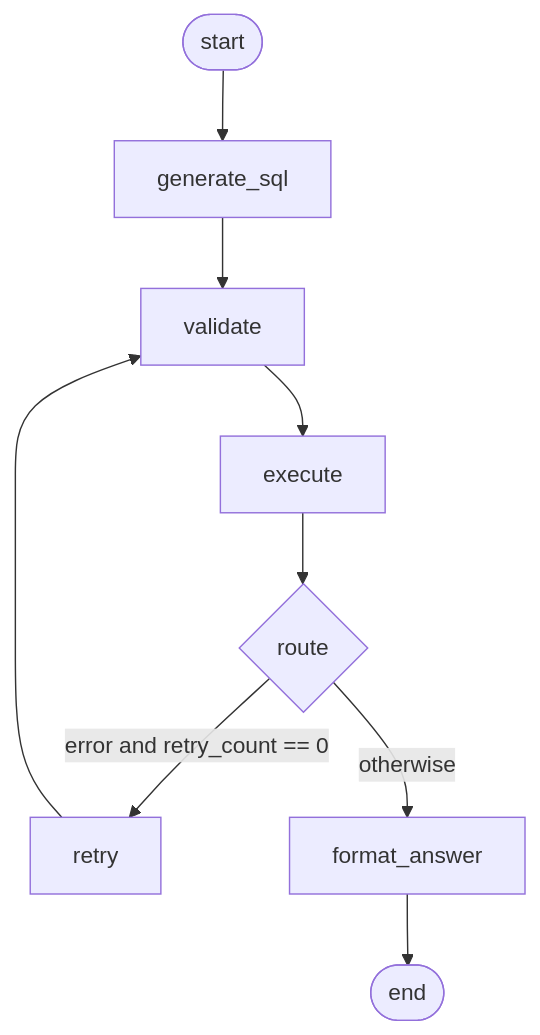
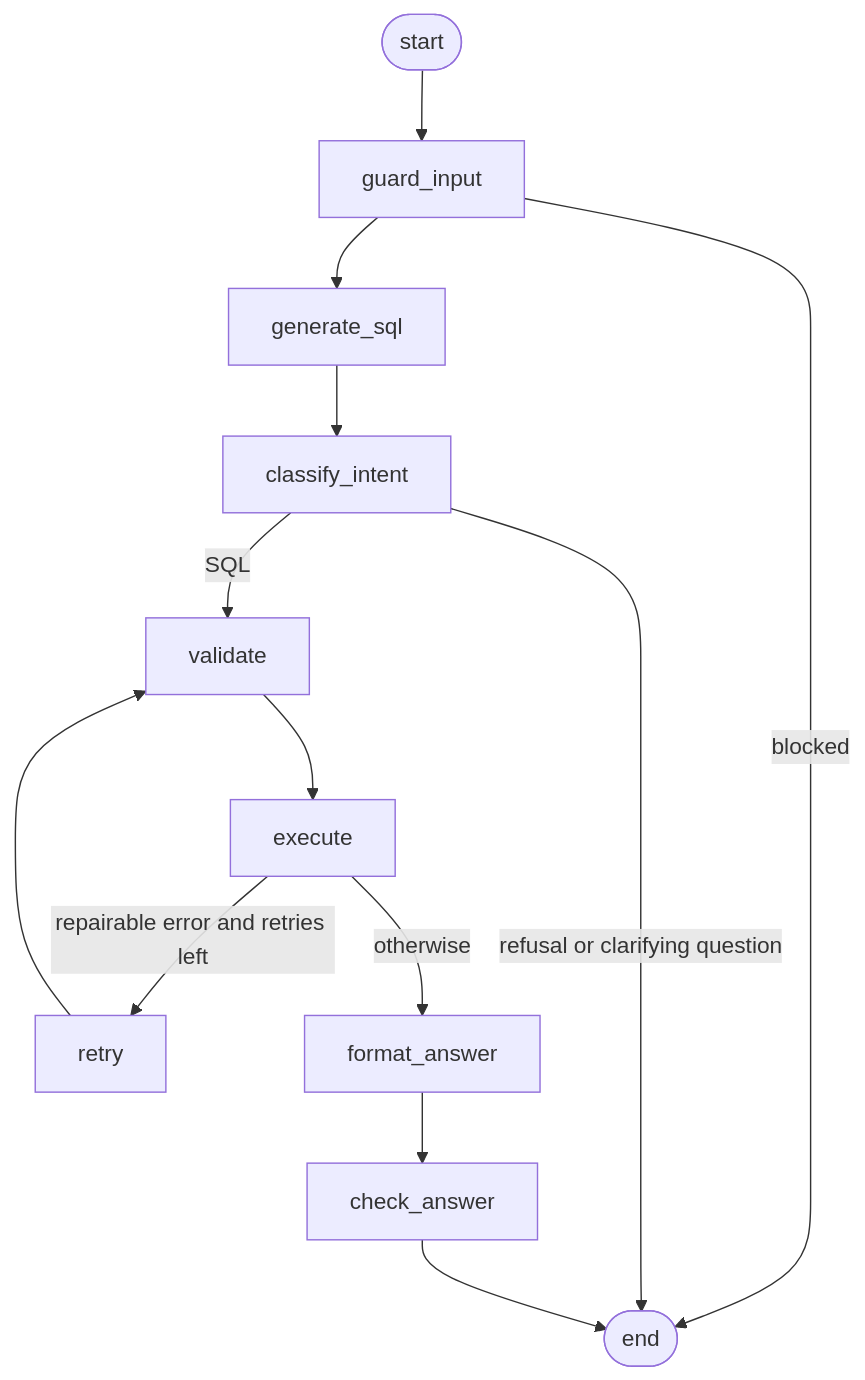
Before and after one commit to AviK0928/SQL_Query_AI_Agent: the diagram in docs/workflow.md, drawn with Mermaid. The commit also changed other lines of this file and 2 other files, not shown here.

Commit message:
docs: architecture docs, colab quickstart and results summary (#29)

````diff
--- a/docs/workflow.md
+++ b/docs/workflow.md
@@ -52,11 +60,15 @@
 ```mermaid
 flowchart TD
-    S([start]) --> G[generate_sql]
-    G --> V[validate]
+    S([start]) --> G[guard_input]
+    G -->|blocked| X([end])
+    G --> Q[generate_sql]
+    Q --> C[classify_intent]
+    C -->|refusal or clarifying question| X
+    C -->|SQL| V[validate]
     V --> E[execute]
-    E --> R{route}
-    R -->|error and retry_count == 0| T[retry]
-    R -->|otherwise| F[format_answer]
-    T --> V
-    F --> X([end])
+    E -->|repairable error and retries left| R[retry]
+    E -->|otherwise| F[format_answer]
+    R --> V
+    F --> K[check_answer]
+    K --> X
 ```
````
